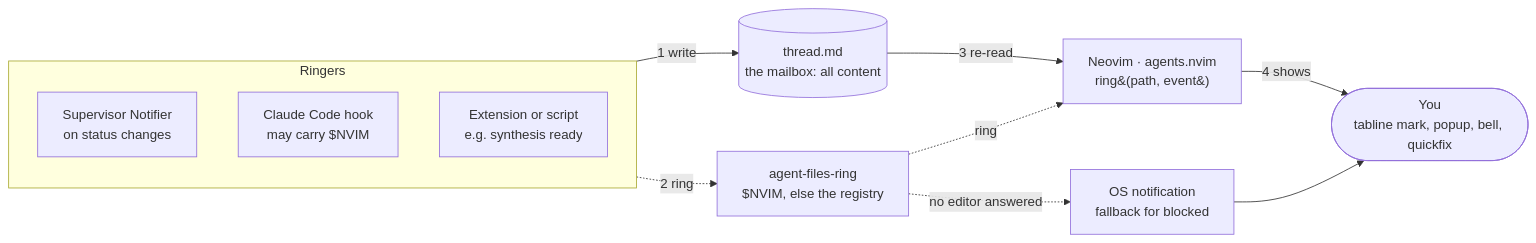
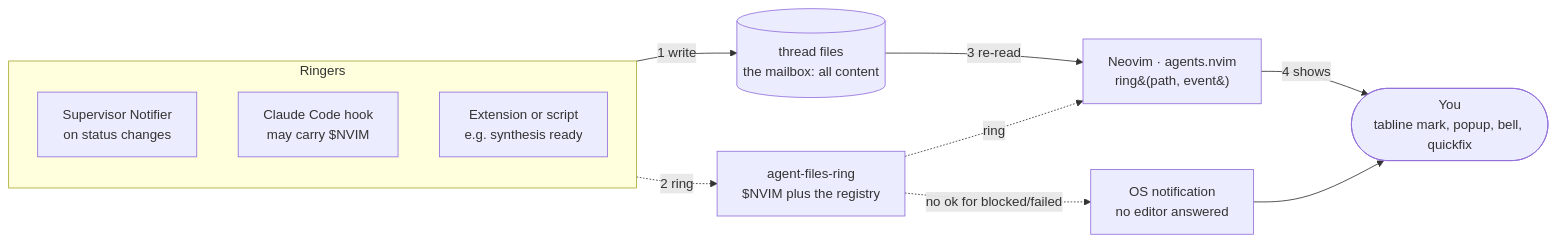
Before and after one commit to markreveley/agent-files: the diagram in docs/role-of-neovim.md, drawn with Mermaid. The commit also changed other lines of this file and 3 other files, not shown here.

````diff
--- a/docs/role-of-neovim.md
+++ b/docs/role-of-neovim.md
@@ -93,21 +96,21 @@
 ```mermaid
 flowchart LR
   subgraph Ringers
     N[Supervisor Notifier<br/>on status changes]
     H[Claude Code hook<br/>may carry $NVIM]
     E[Extension or script<br/>e.g. synthesis ready]
   end
-  F[(thread.md<br/>the mailbox: all content)]
-  R[agent-files-ring<br/>$NVIM, else the registry]
+  F[(thread files<br/>the mailbox: all content)]
+  R[agent-files-ring<br/>$NVIM plus the registry]
   V[Neovim · agents.nvim<br/>ring&#40;path, event&#41;]
-  O[OS notification<br/>fallback for blocked]
+  O[OS notification<br/>no editor answered]
   Y([You<br/>tabline mark, popup, bell, quickfix])
 
   Ringers -- "1 write" --> F
   Ringers -. "2 ring" .-> R
   R -. ring .-> V
   F -- "3 re-read" --> V
   V -- "4 shows" --> Y
-  R -. "no editor answered" .-> O
+  R -. "no ok for blocked/failed" .-> O
   O --> Y
 ```
````
